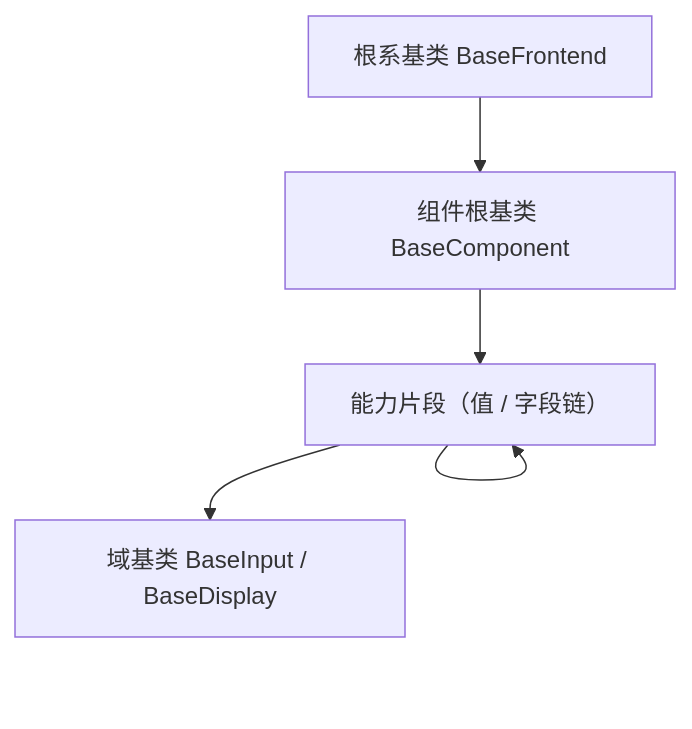
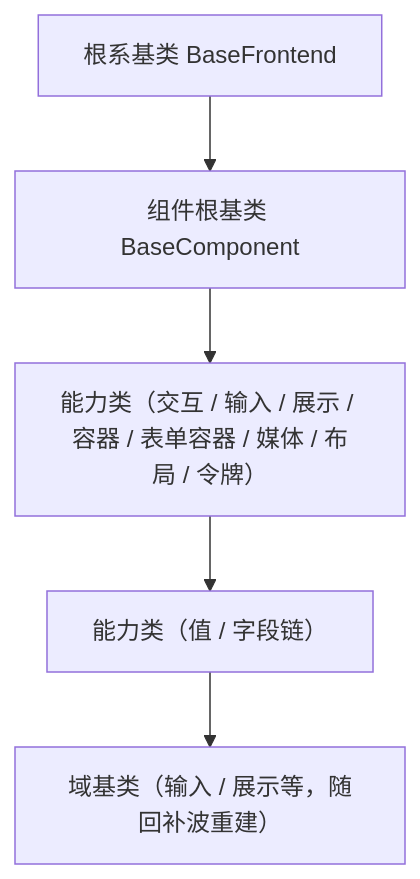
One commit to minjian123/basic-management-system changed the diagram in bms文档/设计/组件设计/02_基础组件类/01_机制基类/02_组件设计_组件根基类/02_组件设计_组件根基类.md. Above: the diagram before and after it, drawn with Mermaid. The commit also changed other lines of this file and 49 other files, not shown here.

````diff
--- a/bms文档/设计/组件设计/02_基础组件类/01_机制基类/02_组件设计_组件根基类/02_组件设计_组件根基类.md
+++ b/bms文档/设计/组件设计/02_基础组件类/01_机制基类/02_组件设计_组件根基类/02_组件设计_组件根基类.md
@@ -15,7 +15,7 @@
 ```mermaid
 flowchart TD
     根系["根系基类 BaseFrontend"] --> COMP["组件根基类 BaseComponent"]
-    COMP --> 能力片段["能力片段（交互/输入/展示/容器/表单容器/媒体/布局/布局）"]
-    能力片段 --> 能力片段["能力片段（值 / 字段链）"]
-    能力片段 --> 域基类["域基类 BaseInput / BaseDisplay"]
+    COMP --> CAPS["能力类（交互 / 输入 / 展示 / 容器 / 表单容器 / 媒体 / 布局 / 令牌）"]
+    CAPS --> VCAPS["能力类（值 / 字段链）"]
+    VCAPS --> DOM["域基类（输入 / 展示等，随回补波重建）"]
 ```
````
